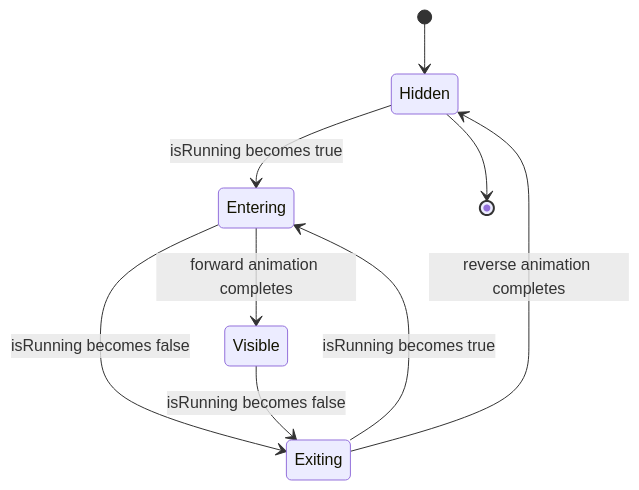
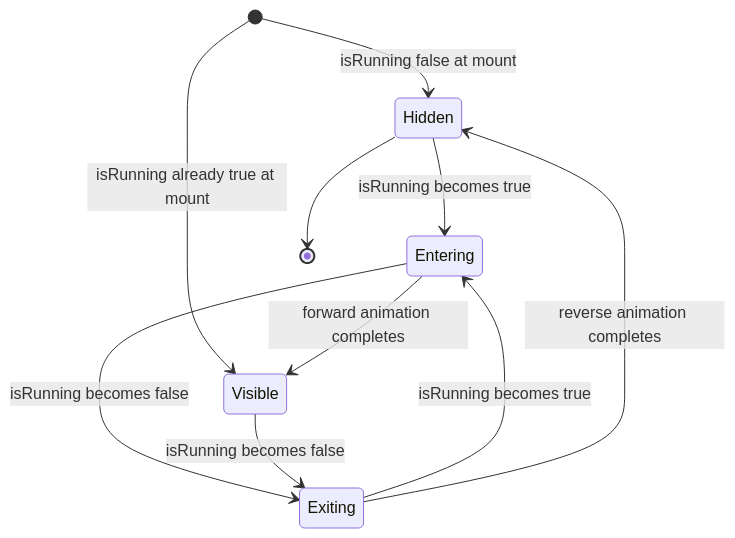
One commit to matthiasn/lotti changed the second of 2 diagrams in knowledge/features/ai/activity-visualization.md. Above: the diagram before and after it, drawn with Mermaid. The commit also changed other lines of this file and 10 other files, not shown here.

````diff
--- a/knowledge/features/ai/activity-visualization.md
+++ b/knowledge/features/ai/activity-visualization.md
@@ -87,11 +116,12 @@
 ```mermaid
 stateDiagram-v2
-  [*] --> Hidden
+  [*] --> Hidden: isRunning false at mount
+  [*] --> Visible: isRunning already true at mount
   Hidden --> Entering: isRunning becomes true
   Entering --> Visible: forward animation completes
   Entering --> Exiting: isRunning becomes false
   Visible --> Exiting: isRunning becomes false
   Exiting --> Entering: isRunning becomes true
   Exiting --> Hidden: reverse animation completes
   Hidden --> [*]
 ```
````
